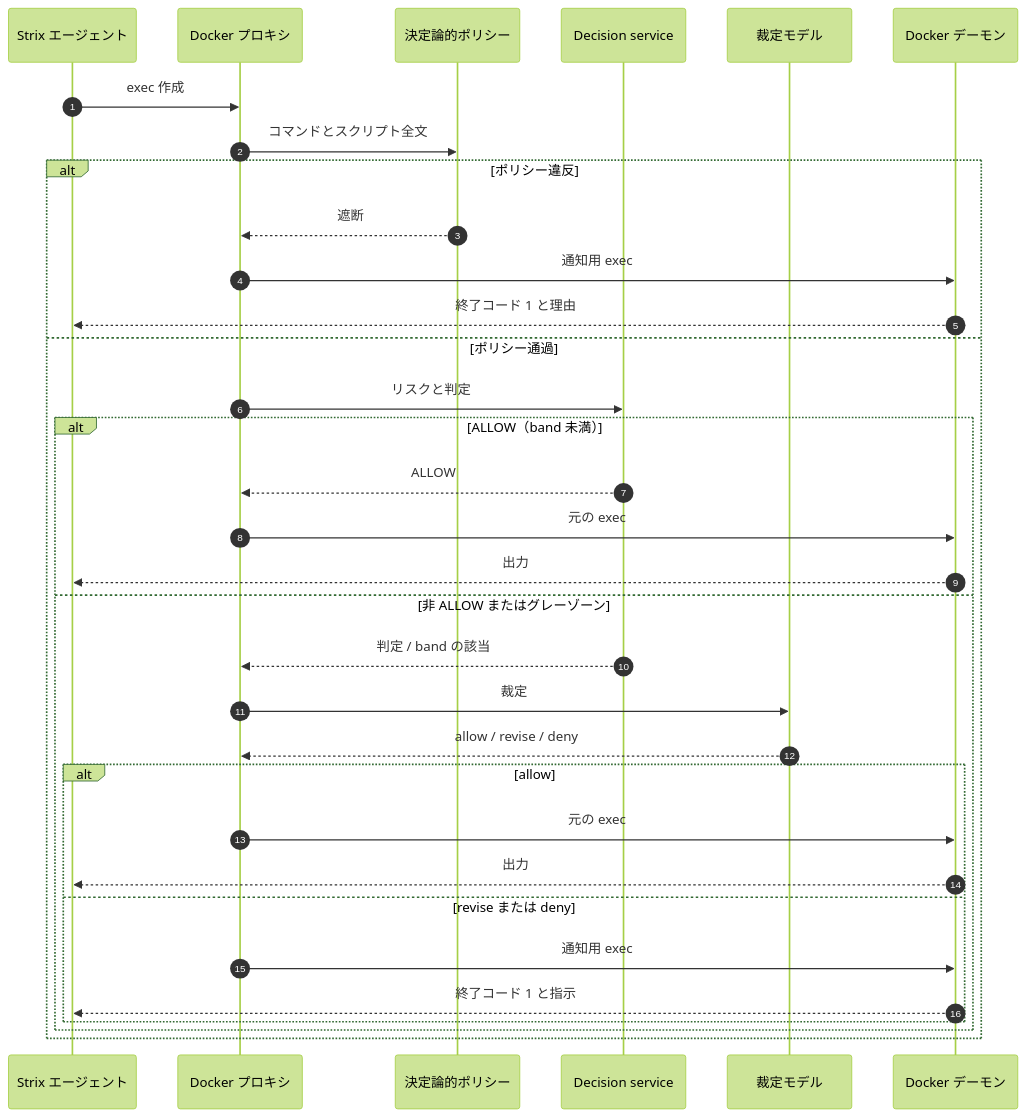
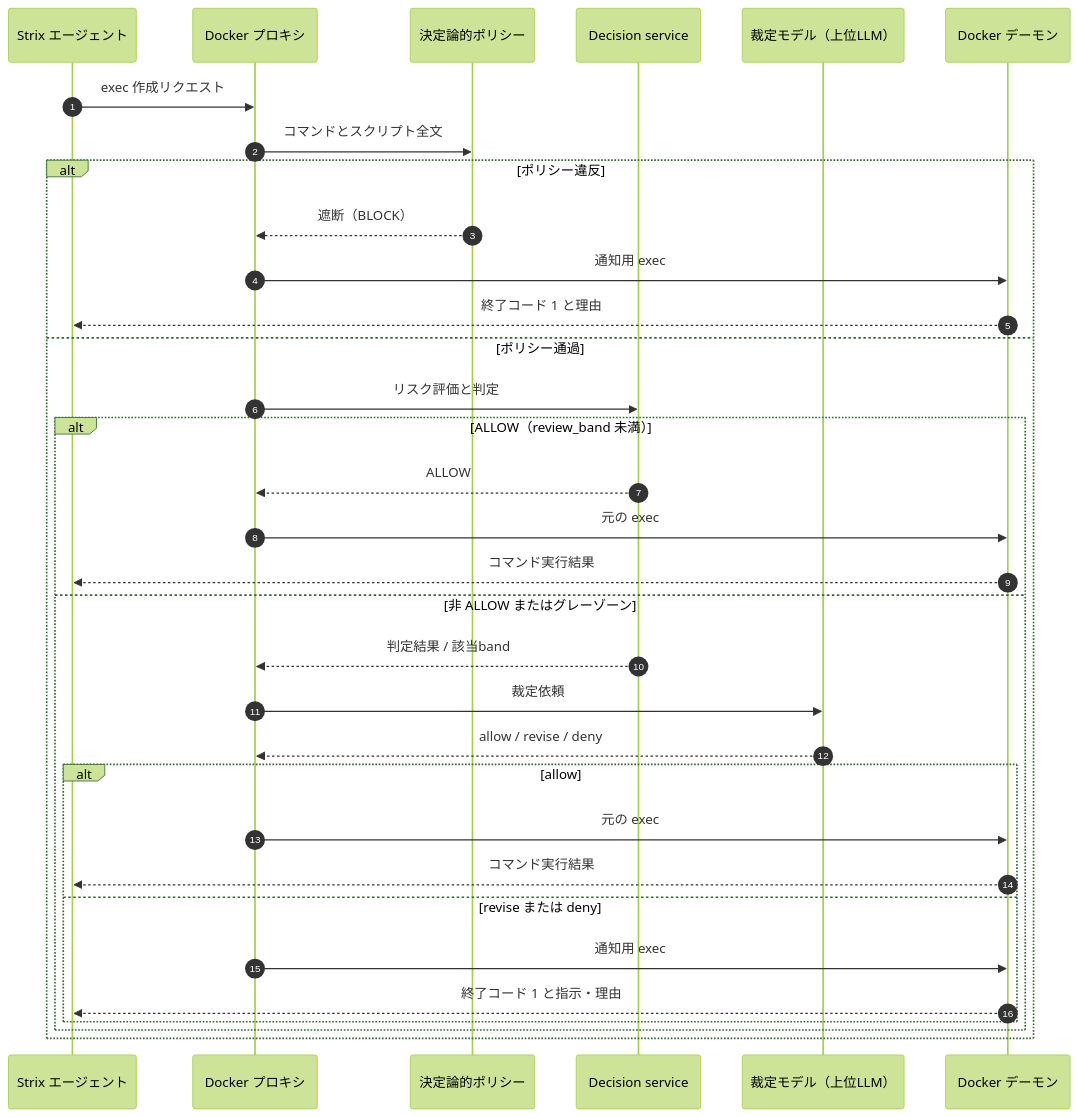
Before and after one commit to YusukeJustinNakajima/strix-guard: the first of 3 diagrams in README.ja.md, drawn with Mermaid (forest theme). The commit also changed other lines of this file and 3 other files, not shown here.

````diff
--- a/README.ja.md
+++ b/README.ja.md
@@ -85,36 +85,36 @@
 ```mermaid
 sequenceDiagram
   autonumber
   participant A as Strix エージェント
   participant P as Docker プロキシ
   participant R as 決定論的ポリシー
   participant D as Decision service
-  participant M as 裁定モデル
+  participant M as 裁定モデル（上位LLM）
   participant X as Docker デーモン
 
-  A->>P: exec 作成
+  A->>P: exec 作成リクエスト
   P->>R: コマンドとスクリプト全文
   alt ポリシー違反
-    R-->>P: 遮断
+    R-->>P: 遮断（BLOCK）
     P->>X: 通知用 exec
     X-->>A: 終了コード 1 と理由
   else ポリシー通過
-    P->>D: リスクと判定
-    alt ALLOW（band 未満）
+    P->>D: リスク評価と判定
+    alt ALLOW（review_band 未満）
       D-->>P: ALLOW
       P->>X: 元の exec
-      X-->>A: 出力
+      X-->>A: コマンド実行結果
     else 非 ALLOW またはグレーゾーン
-      D-->>P: 判定 / band の該当
-      P->>M: 裁定
+      D-->>P: 判定結果 / 該当band
+      P->>M: 裁定依頼
       M-->>P: allow / revise / deny
       alt allow
         P->>X: 元の exec
-        X-->>A: 出力
+        X-->>A: コマンド実行結果
       else revise または deny
         P->>X: 通知用 exec
-        X-->>A: 終了コード 1 と指示
+        X-->>A: 終了コード 1 と指示・理由
       end
     end
   end
 ```
````
